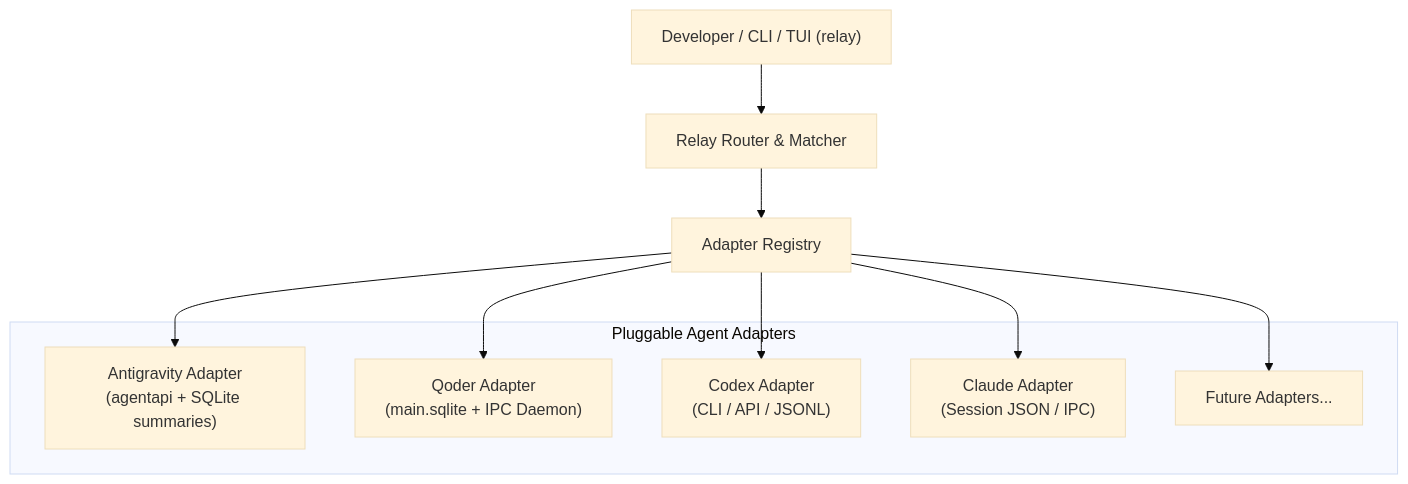
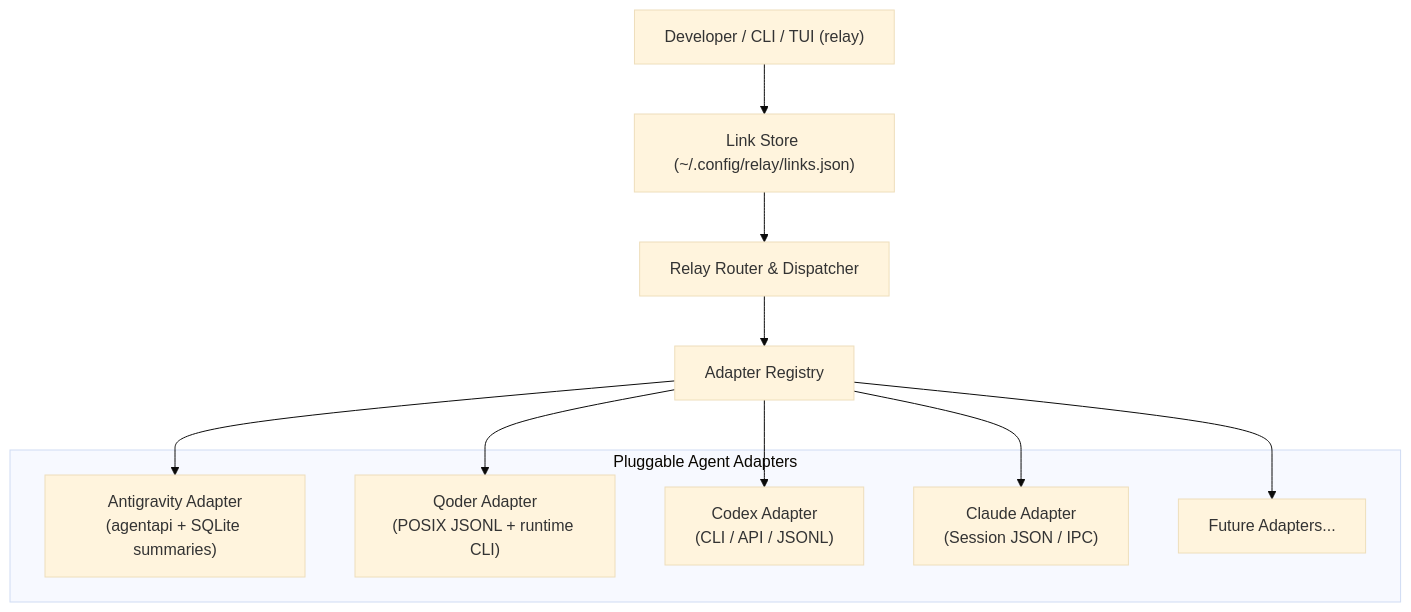
The first of 2 diagrams in docs/design.md (kamusis/relay), drawn with Mermaid (base theme) before and after one commit. The commit also changed other lines of this file, not shown here.

Commit message:
docs: finalize relay architecture spec with stateless session mesh and verified adapter mechanics

````diff
--- a/docs/design.md
+++ b/docs/design.md
@@ -33,19 +33,20 @@
 ```mermaid
 graph TD
-    User["Developer / CLI / TUI (relay)"] --> Router["Relay Router & Matcher"]
+    User["Developer / CLI / TUI (relay)"] --> LinkMgr["Link Store (~/.config/relay/links.json)"]
+    LinkMgr --> Router["Relay Router & Dispatcher"]
     Router --> Registry["Adapter Registry"]
 
     subgraph Adapters ["Pluggable Agent Adapters"]
         AGY["Antigravity Adapter<br/>(agentapi + SQLite summaries)"]
-        Qoder["Qoder Adapter<br/>(main.sqlite + IPC Daemon)"]
+        Qoder["Qoder Adapter<br/>(POSIX JSONL + runtime CLI)"]
         Codex["Codex Adapter<br/>(CLI / API / JSONL)"]
         Claude["Claude Adapter<br/>(Session JSON / IPC)"]
         Future["Future Adapters..."]
     end
 
     Registry --> AGY
     Registry --> Qoder
     Registry --> Codex
     Registry --> Claude
     Registry --> Future
 ```
````
